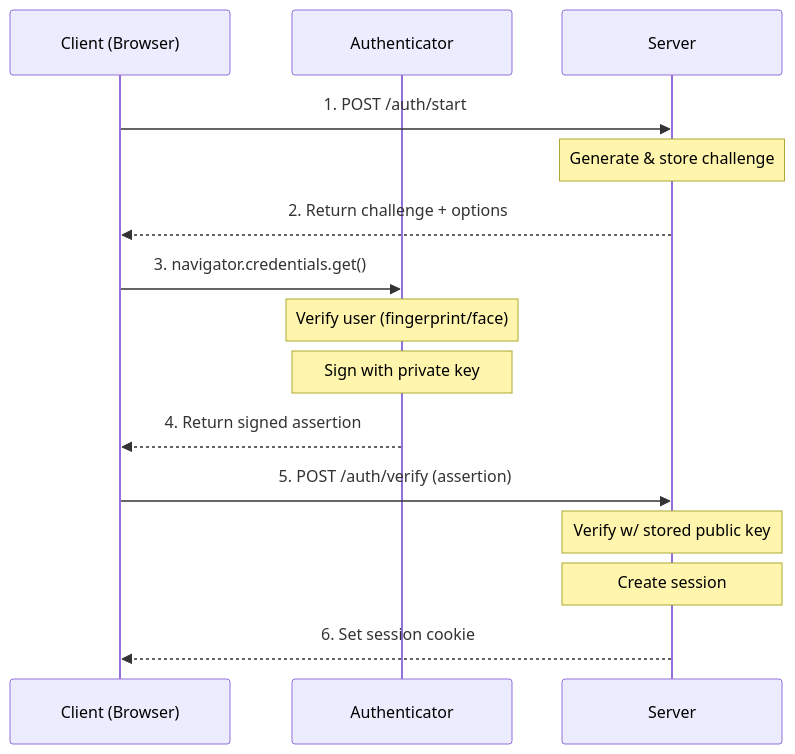
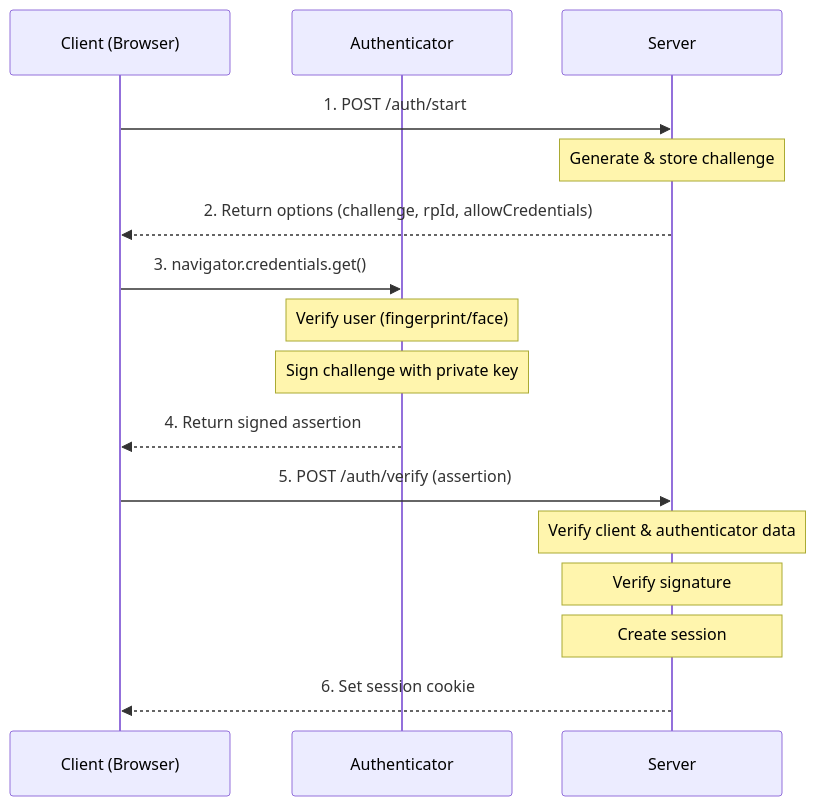
Before and after one commit to ktaka-ccmp/oauth2-passkey-talks: the diagram in 2026-03-31-tokyo-rust/diagrams/passkey-flow.mmd, drawn with Mermaid. The commit also changed 10 other files, not shown here.

```diff
--- a/2026-03-31-tokyo-rust/diagrams/passkey-flow.mmd
+++ b/2026-03-31-tokyo-rust/diagrams/passkey-flow.mmd
@@ -1,19 +1,20 @@
 %%{init: {'sequence': {'width': 220}}}%%
 sequenceDiagram
     participant C as Client (Browser)
     participant A as Authenticator
     participant S as Server
 
     C->>S: 1. POST /auth/start
     Note over S: Generate & store challenge
-    S-->>C: 2. Return challenge + options
+    S-->>C: 2. Return options (challenge, rpId, allowCredentials)
 
     C->>A: 3. navigator.credentials.get()
     Note over A: Verify user (fingerprint/face)
-    Note over A: Sign with private key
+    Note over A: Sign challenge with private key
     A-->>C: 4. Return signed assertion
 
     C->>S: 5. POST /auth/verify (assertion)
-    Note over S: Verify w/ stored public key
+    Note over S: Verify client & authenticator data
+    Note over S: Verify signature
     Note over S: Create session
     S-->>C: 6. Set session cookie
```
